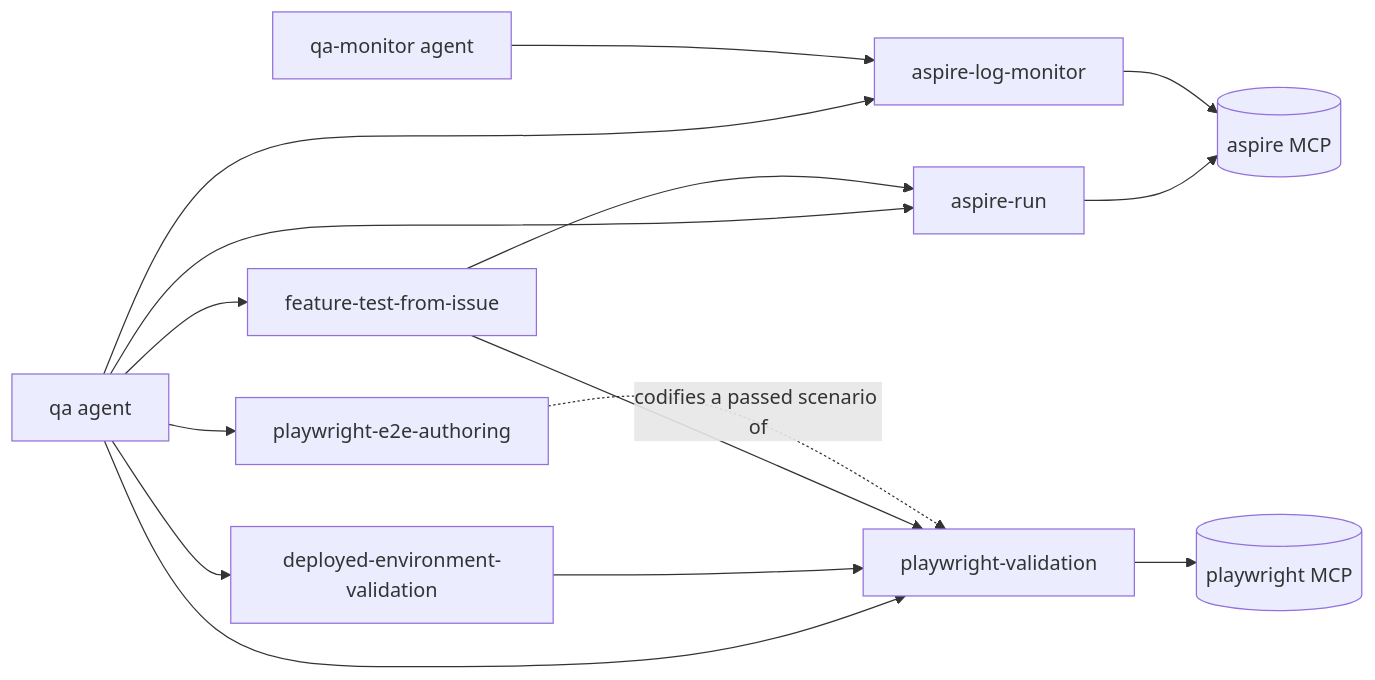
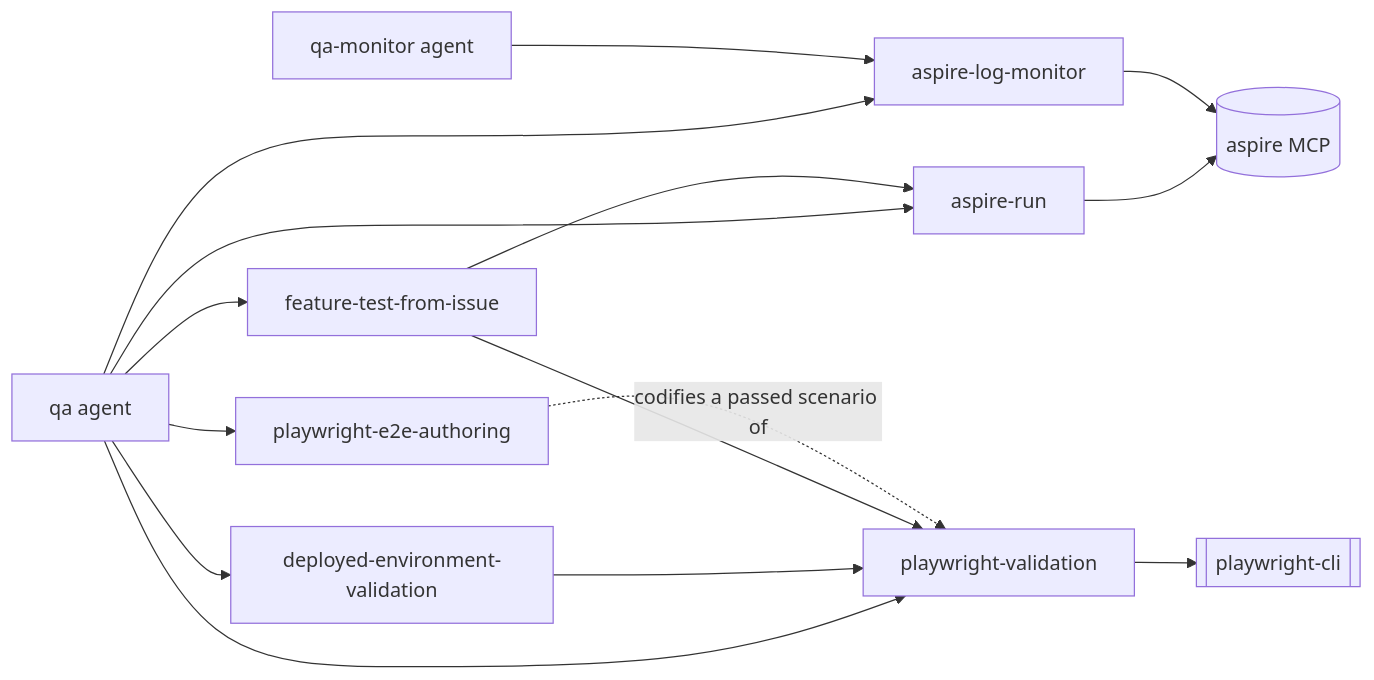
One commit to JSdotNet/ai-plugins changed the diagram in .devbook/arc42/building-blocks/qa.md. Above: the diagram before and after it, drawn with Mermaid. The commit also changed other lines of this file and 5 other files, not shown here.

First line of the commit message:
docs(arc42): record the Playwright CLI as qa's browser tool

````diff
--- a/.devbook/arc42/building-blocks/qa.md
+++ b/.devbook/arc42/building-blocks/qa.md
@@ -80,17 +84,17 @@
 ```mermaid
 flowchart LR
     qa[qa agent] --> run[aspire-run]
     qa --> deployed[deployed-environment-validation]
     qa --> fromIssue[feature-test-from-issue]
     qa --> validate[playwright-validation]
     qa --> author[playwright-e2e-authoring]
     qa --> monitor[aspire-log-monitor]
     qaMonitor[qa-monitor agent] --> monitor
     run --> aspire[(aspire MCP)]
     monitor --> aspire
-    validate --> playwright[(playwright MCP)]
+    validate --> playwright[[playwright-cli]]
     deployed --> validate
     fromIssue --> run
     fromIssue --> validate
     author -. codifies a passed scenario of .-> validate
 ```
````
